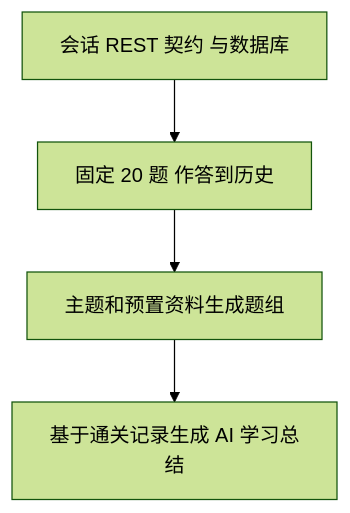
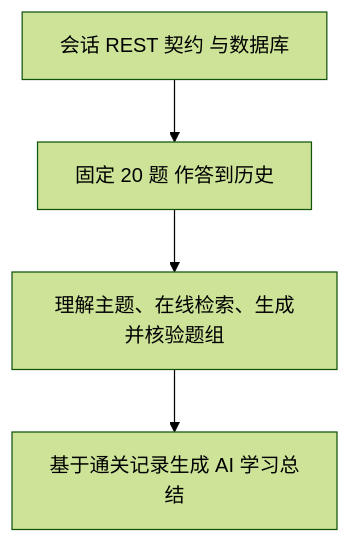
One commit to Huangbingshuai/ai_learn changed the second of 3 diagrams in docs/方案设计文档.md. Above: the diagram before and after it, drawn with Mermaid (forest theme). The commit also changed other lines of this file and 3 other files, not shown here.

````diff
--- a/docs/方案设计文档.md
+++ b/docs/方案设计文档.md
@@ -54,6 +57,6 @@
 ```mermaid
 flowchart TD
     Foundation[会话 REST 契约 与数据库] --> Core[固定 20 题 作答到历史]
-    Core --> Topic[主题和预置资料生成题组]
+    Core --> Topic[理解主题、在线检索、生成并核验题组]
     Topic --> AISummary[基于通关记录生成 AI 学习总结]
 ```
````
